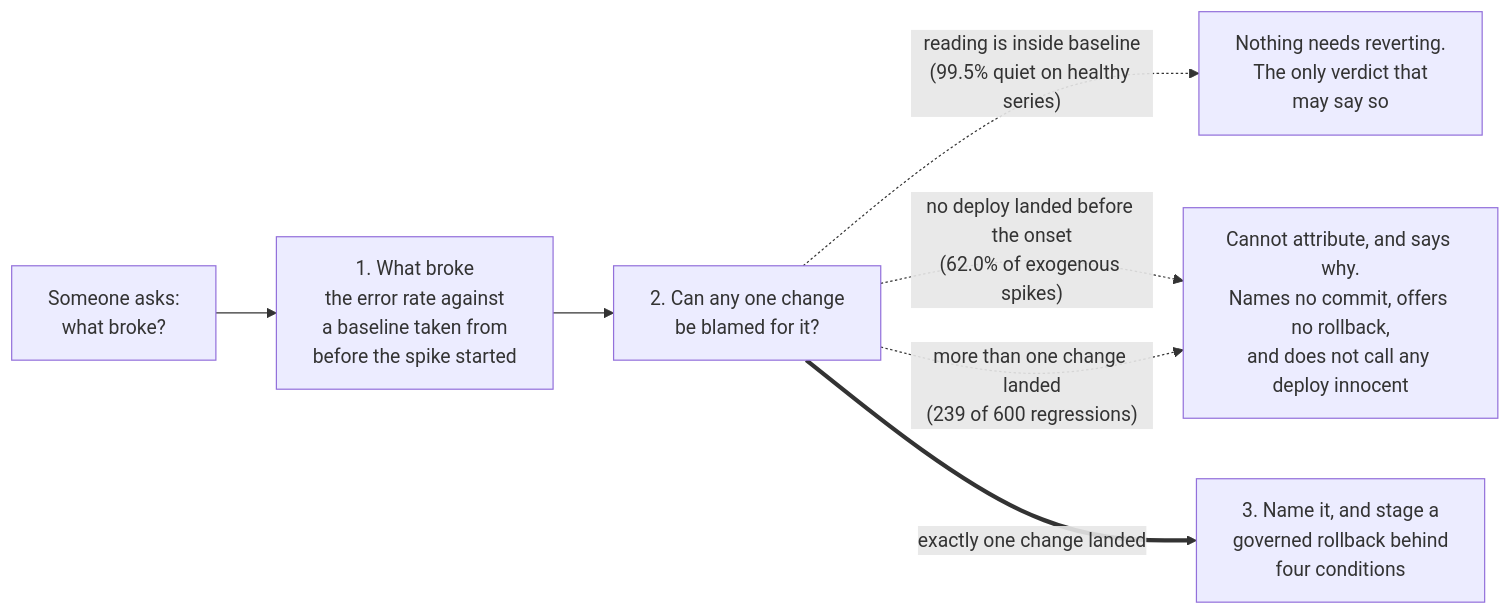
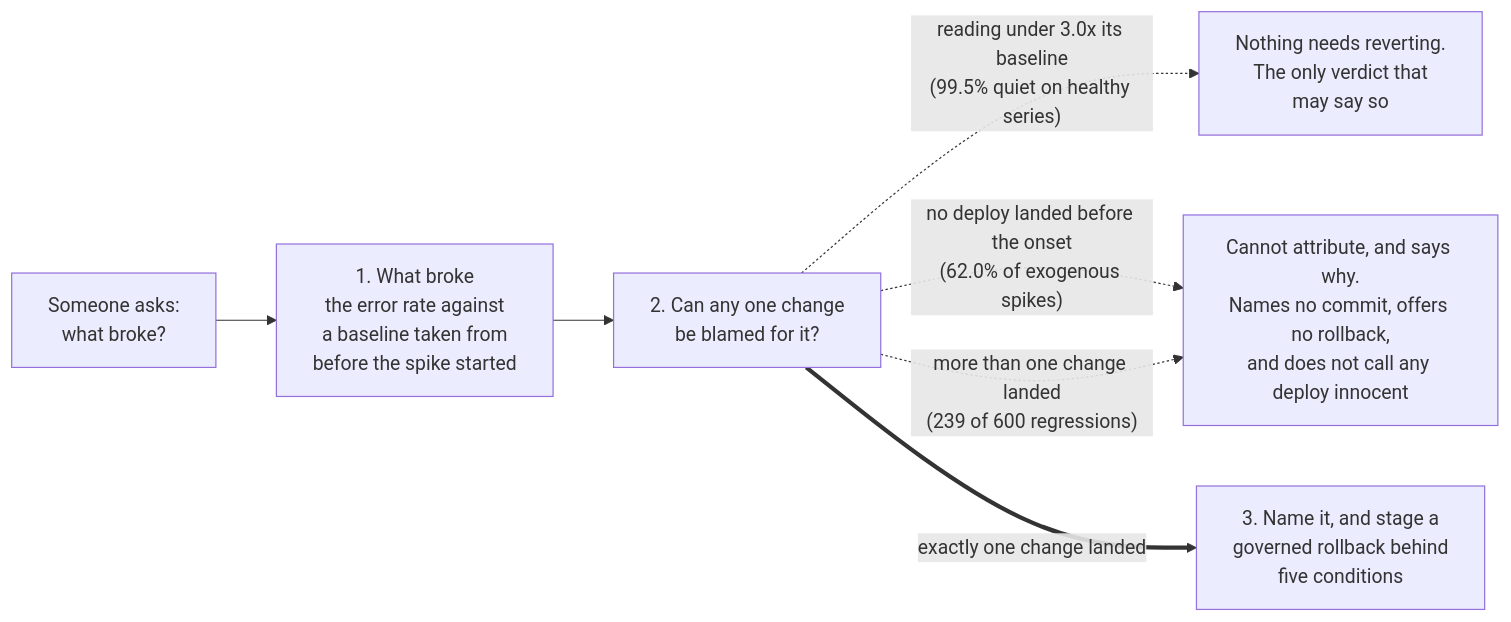
One commit to upgradedev/mercury_amazon changed the first of 2 diagrams in README.md. Above: the diagram before and after it, drawn with Mermaid. The commit also changed other lines of this file and 13 other files, not shown here.

First line of the commit message:
Rebuild the README as a one-minute read and move the evidence to its own page

````diff
--- a/README.md
+++ b/README.md
@@ -15,10 +58,10 @@
 ```mermaid
 flowchart LR
     Q["Someone asks:<br/>what broke?"]
     Q --> M["1. What broke<br/>the error rate against<br/>a baseline taken from<br/>before the spike started"]
     M --> C["2. Can any one change<br/>be blamed for it?"]
-    C -.->|"reading is inside baseline<br/>(99.5% quiet on healthy series)"| S["Nothing needs reverting.<br/>The only verdict that<br/>may say so"]
+    C -.->|"reading under 3.0x its baseline<br/>(99.5% quiet on healthy series)"| S["Nothing needs reverting.<br/>The only verdict that<br/>may say so"]
     C -.->|"no deploy landed before the onset<br/>(62.0% of exogenous spikes)"| N["Cannot attribute, and says why.<br/>Names no commit, offers no rollback,<br/>and does not call any deploy innocent"]
     C -.->|"more than one change landed<br/>(239 of 600 regressions)"| N
-    C ==>|"exactly one change landed"| R["3. Name it, and stage a<br/>governed rollback behind<br/>four conditions"]
+    C ==>|"exactly one change landed"| R["3. Name it, and stage a<br/>governed rollback behind<br/>five conditions"]
 ```
````
